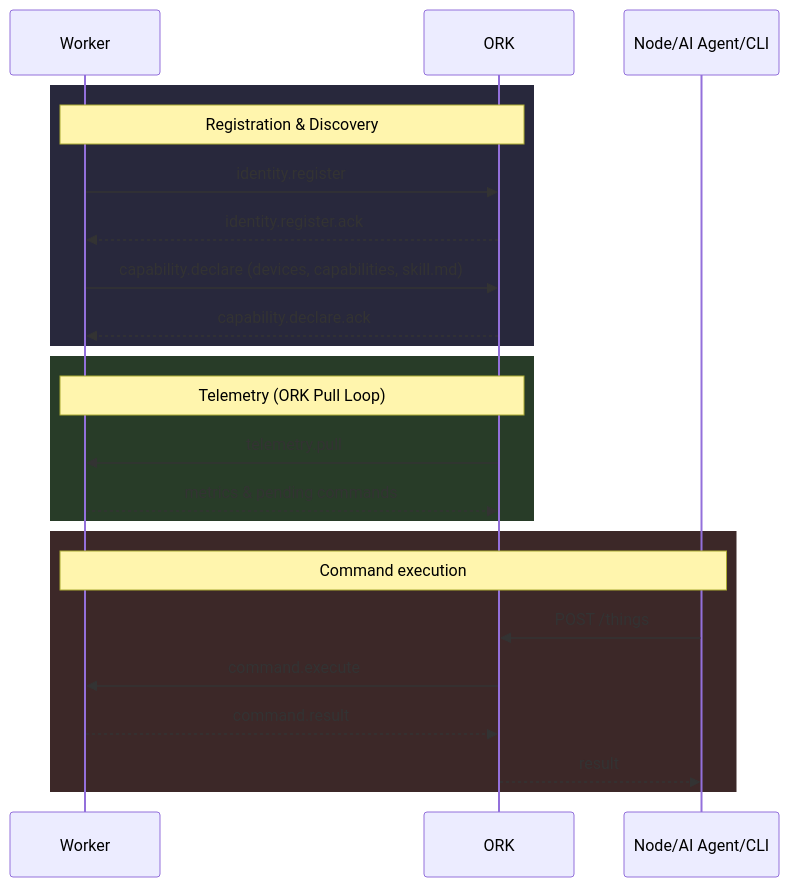
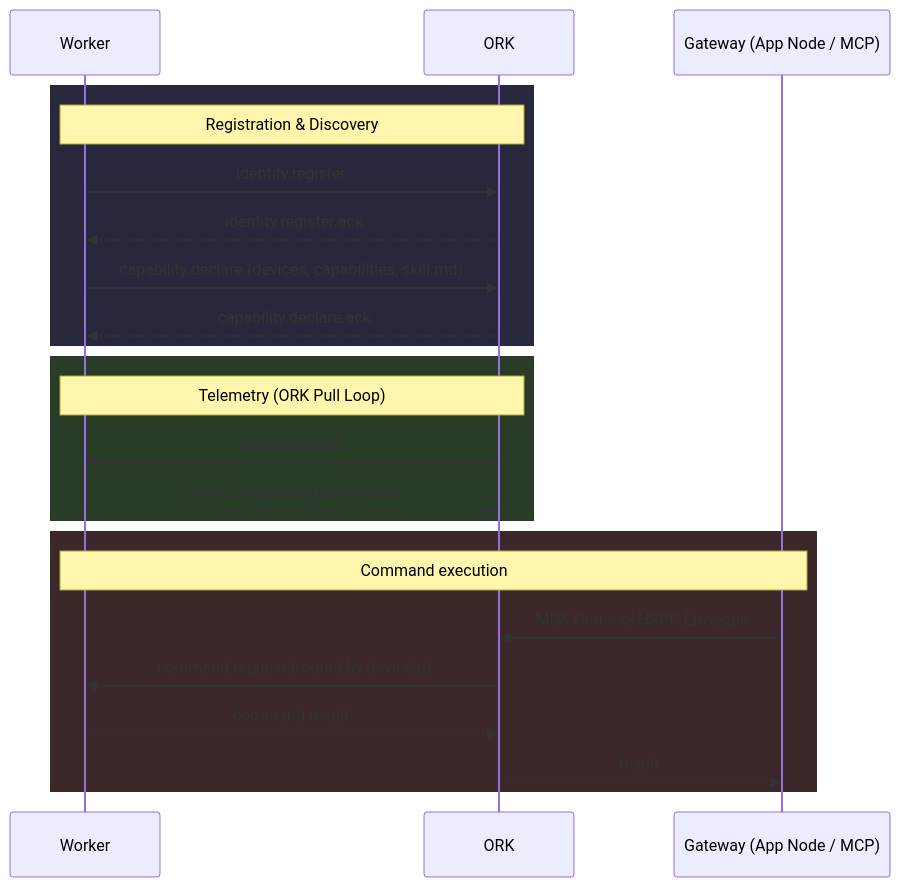
Before and after one commit to Gio-Galt/mdk-be: the second of 4 diagrams in docs/hld.md, drawn with Mermaid. The commit also changed other lines of this file, not shown here.

Commit message:
Updating HLD with Agent Arch & other improvements

````diff
--- a/docs/hld.md
+++ b/docs/hld.md
@@ -103,28 +110,28 @@
 ```mermaid
 sequenceDiagram
     participant W as Worker
     participant O as ORK
-    participant N as Node/AI Agent/CLI
+    participant G as Gateway (App Node / MCP)
 
     rect rgb(40, 40, 60)
     Note over W,O: Registration & Discovery
     W->>O: identity.register
     O-->>W: identity.register.ack
     W->>O: capability.declare (devices, capabilities, skill.md)
     O-->>W: capability.declare.ack
     end
 
     rect rgb(40, 60, 40)
     Note over O,W: Telemetry (ORK Pull Loop)
     O->>W: telemetry.pull
     W-->>O: metrics & pending commands
     end
 
     rect rgb(60, 40, 40)
-    Note over N,W: Command execution
-    N->>O: POST /things
-    O->>W: command.execute
+    Note over G,W: Command execution
+    G->>O: MDK Protocol HRPC Envelope
+    O->>W: command.request (routed by deviceId)
     W-->>O: command.result
-    O-->>N: result
+    O-->>G: result
     end
 ```
````
